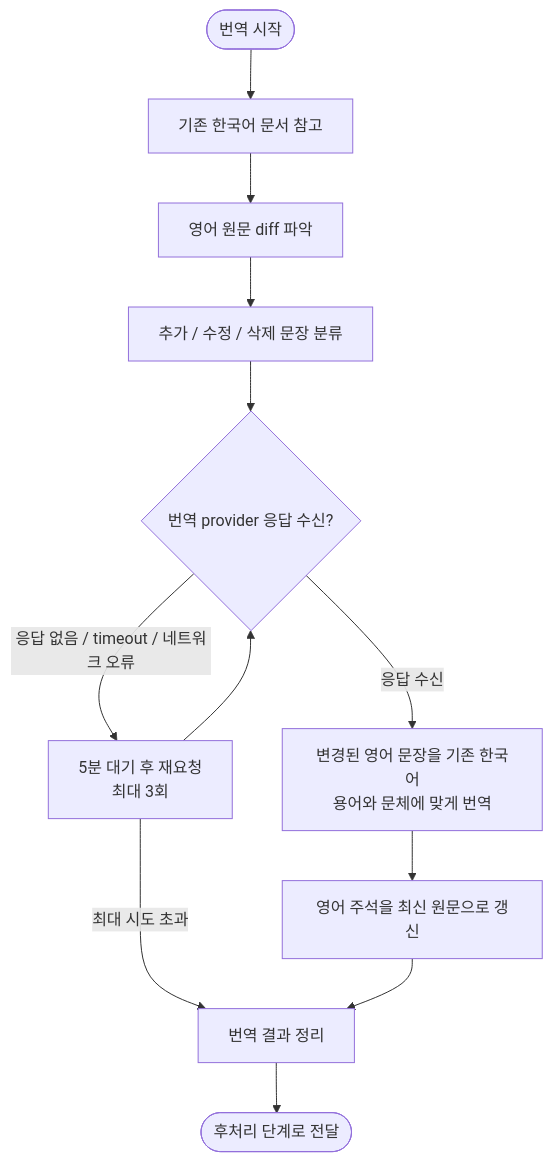
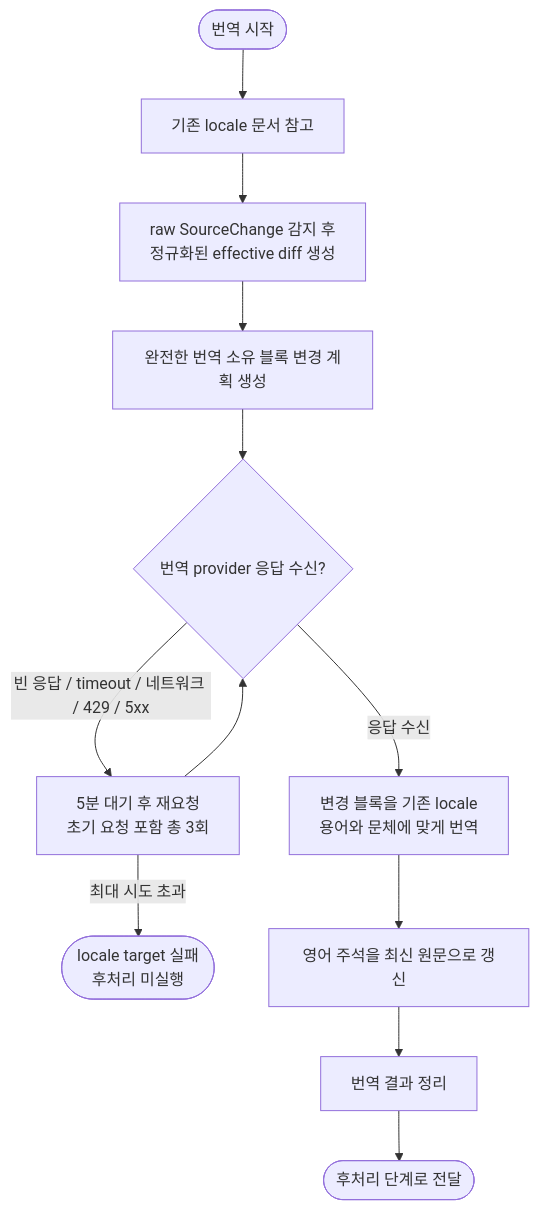
One commit to letsescape/laravel-docs changed the diagram in translation-sync/docs/02-translation.md. Above: the diagram before and after it, drawn with Mermaid. The commit also changed other lines of this file and 76 other files, not shown here.

````diff
--- a/translation-sync/docs/02-translation.md
+++ b/translation-sync/docs/02-translation.md
@@ -5,14 +5,14 @@
 ```mermaid
 flowchart TD
-    A([번역 시작]) --> B["기존 한국어 문서 참고"]
-    B --> C["영어 원문 diff 파악"]
-    C --> D["추가 / 수정 / 삭제 문장 분류"]
+    A([번역 시작]) --> B["기존 locale 문서 참고"]
+    B --> C["raw SourceChange 감지 후<br/>정규화된 effective diff 생성"]
+    C --> D["완전한 번역 소유 블록 변경 계획 생성"]
     D --> X{"번역 provider 응답 수신?"}
-    X -- " 응답 수신 " --> E["변경된 영어 문장을 기존 한국어<br/>용어와 문체에 맞게 번역"]
-    X -- " 응답 없음 / timeout / 네트워크 오류 " --> R["5분 대기 후 재요청<br/>최대 3회"]
+    X -- " 응답 수신 " --> E["변경 블록을 기존 locale<br/>용어와 문체에 맞게 번역"]
+    X -- " 빈 응답 / timeout / 네트워크 / 429 / 5xx " --> R["5분 대기 후 재요청<br/>초기 요청 포함 총 3회"]
     R --> X
-    R -- " 최대 시도 초과 " --> H
+    R -- " 최대 시도 초과 " --> K([locale target 실패<br/>후처리 미실행])
     E --> F["영어 주석을 최신 원문으로 갱신"]
     F --> H["번역 결과 정리"]
     H --> J([후처리 단계로 전달])
 ```
````
